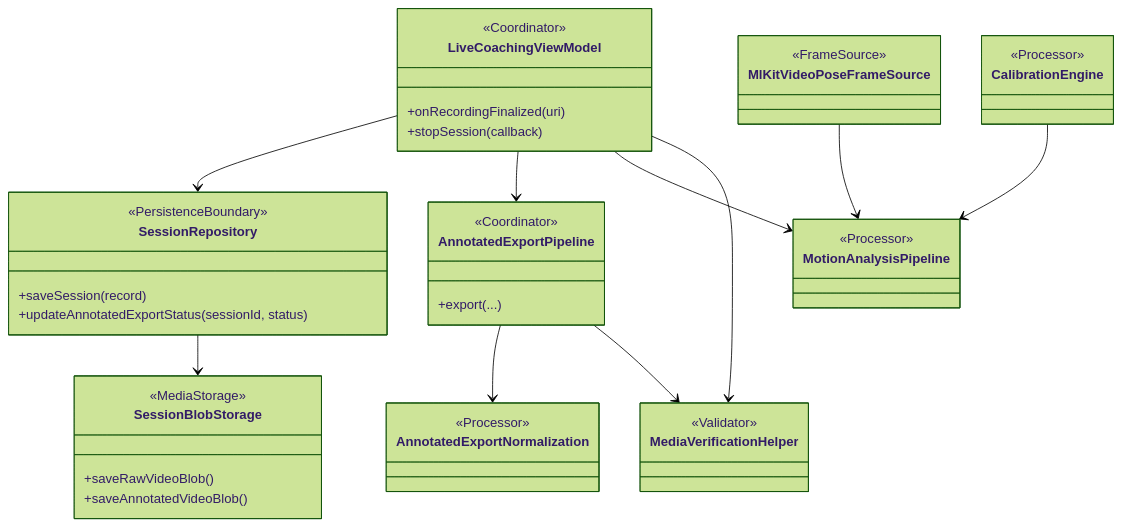
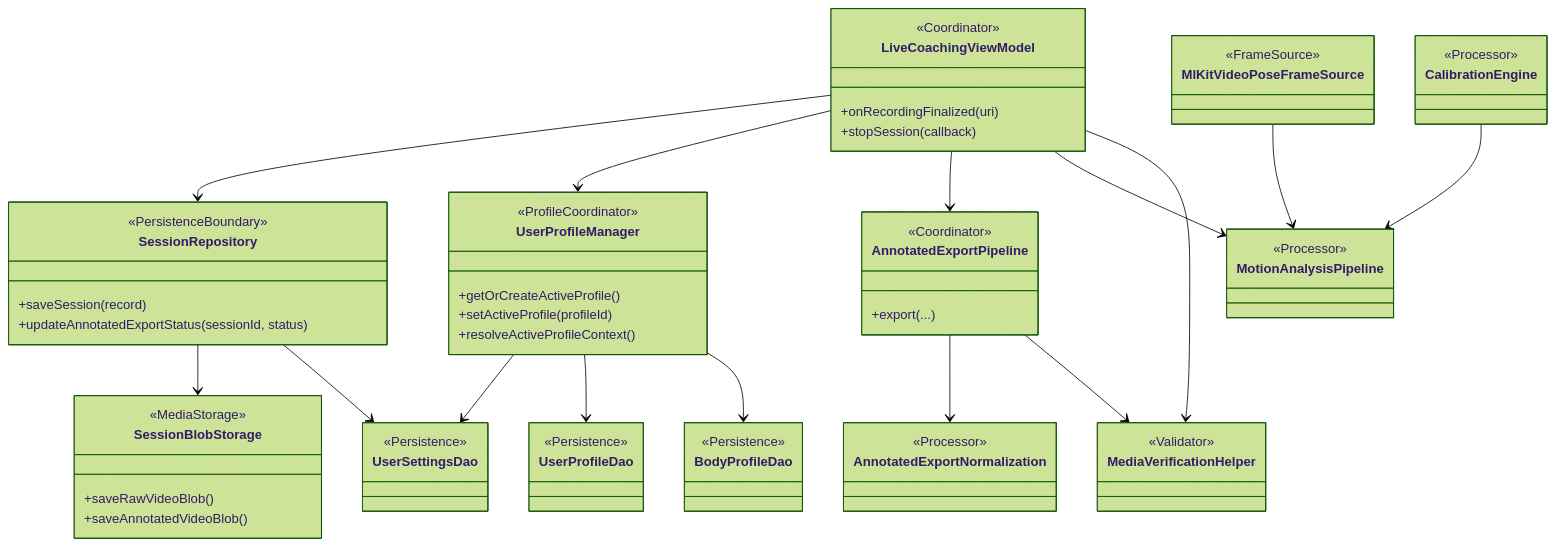
One commit to Voycepeh/CaliVision changed the diagram in docs/diagrams/class-diagram.md. Above: the diagram before and after it, drawn with Mermaid (forest theme). The commit also changed 5 other files, not shown here.

````diff
--- a/docs/diagrams/class-diagram.md
+++ b/docs/diagrams/class-diagram.md
@@ -3,55 +3,79 @@
 ```mermaid
 classDiagram
   class LiveCoachingViewModel {
     <<Coordinator>>
     +onRecordingFinalized(uri)
     +stopSession(callback)
   }
 
   class SessionRepository {
     <<PersistenceBoundary>>
     +saveSession(record)
     +updateAnnotatedExportStatus(sessionId, status)
+  }
+
+  class UserProfileManager {
+    <<ProfileCoordinator>>
+    +getOrCreateActiveProfile()
+    +setActiveProfile(profileId)
+    +resolveActiveProfileContext()
+  }
+
+  class UserSettingsDao {
+    <<Persistence>>
+  }
+
+  class UserProfileDao {
+    <<Persistence>>
+  }
+
+  class BodyProfileDao {
+    <<Persistence>>
   }
 
   class SessionBlobStorage {
     <<MediaStorage>>
     +saveRawVideoBlob()
     +saveAnnotatedVideoBlob()
   }
 
   class AnnotatedExportPipeline {
     <<Coordinator>>
     +export(...)
   }
 
   class AnnotatedExportNormalization {
     <<Processor>>
   }
 
   class MediaVerificationHelper {
     <<Validator>>
   }
 
   class MlKitVideoPoseFrameSource {
     <<FrameSource>>
   }
 
   class MotionAnalysisPipeline {
     <<Processor>>
   }
 
   class CalibrationEngine {
     <<Processor>>
   }
 
   LiveCoachingViewModel --> SessionRepository
+  LiveCoachingViewModel --> UserProfileManager
   LiveCoachingViewModel --> AnnotatedExportPipeline
   LiveCoachingViewModel --> MotionAnalysisPipeline
   LiveCoachingViewModel --> MediaVerificationHelper
   SessionRepository --> SessionBlobStorage
+  SessionRepository --> UserSettingsDao
+  UserProfileManager --> UserSettingsDao
+  UserProfileManager --> UserProfileDao
+  UserProfileManager --> BodyProfileDao
   AnnotatedExportPipeline --> AnnotatedExportNormalization
   AnnotatedExportPipeline --> MediaVerificationHelper
   MlKitVideoPoseFrameSource --> MotionAnalysisPipeline
   CalibrationEngine --> MotionAnalysisPipeline
 ```
````
